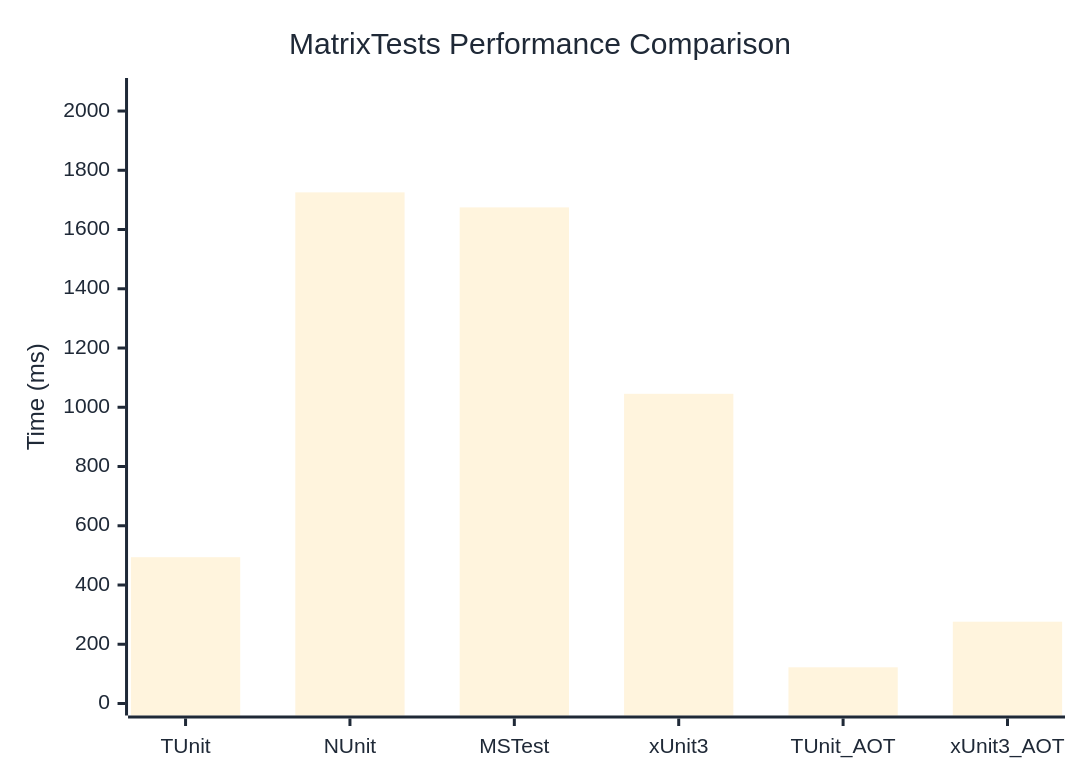
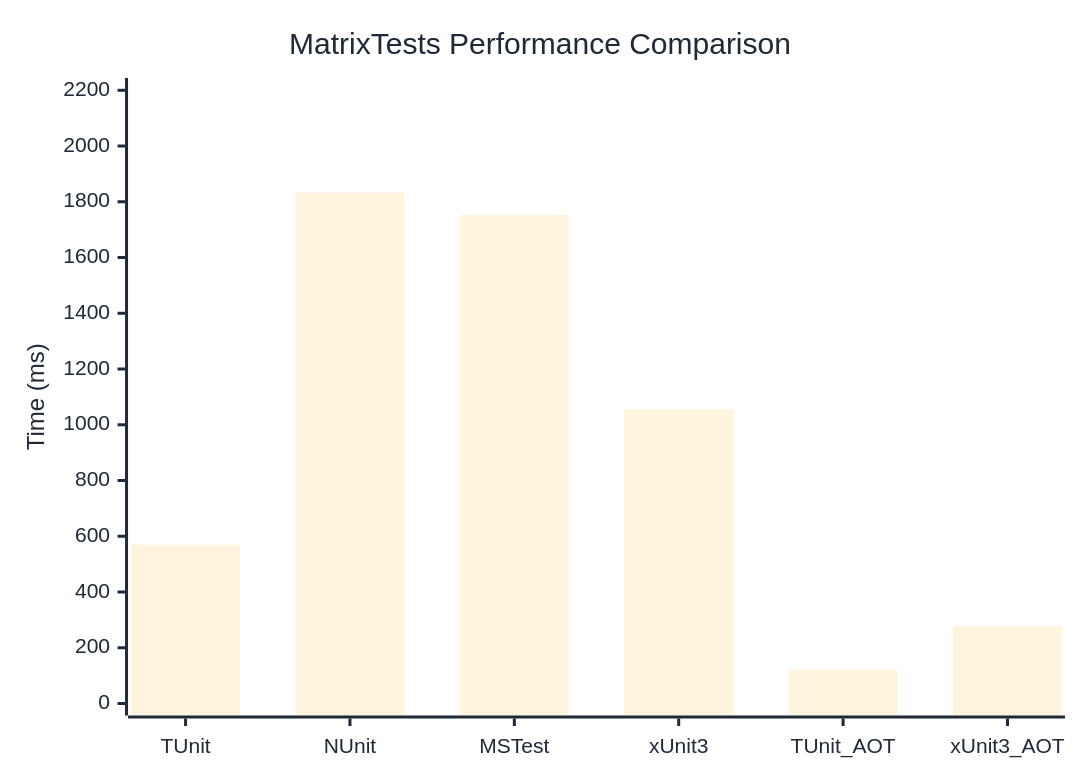
One commit to thomhurst/TUnit changed the diagram in docs/docs/benchmarks/engine/MatrixTests.md. Above: the diagram before and after it, drawn with Mermaid. The commit also changed other lines of this file and 18 other files, not shown here.

````diff
--- a/docs/docs/benchmarks/engine/MatrixTests.md
+++ b/docs/docs/benchmarks/engine/MatrixTests.md
@@ -30,37 +30,37 @@
 ```mermaid
 %%{init: {
   'theme':'base',
   'themeVariables': {
     'primaryColor': '#2563eb',
     'primaryTextColor': '#1f2937',
     'primaryBorderColor': '#1e40af',
     'lineColor': '#6b7280',
     'secondaryColor': '#7c3aed',
     'tertiaryColor': '#dc2626',
     'background': '#ffffff',
     'mainBkg': '#2563eb',
     'secondBkg': '#7c3aed',
     'tertiaryBkg': '#dc2626',
     'clusterBkg': '#f3f4f6',
     'edgeLabelBackground': '#ffffff',
     'tertiaryTextColor': '#1f2937',
     'pie1': '#2563eb',
     'pie2': '#7c3aed',
     'pie3': '#dc2626',
     'pie4': '#f59e0b',
     'pie5': '#10b981',
     'pie6': '#06b6d4',
     'pie7': '#ec4899',
     'pie8': '#6366f1',
     'pie9': '#84cc16',
     'pie10': '#f97316',
     'pie11': '#14b8a6',
     'pie12': '#a855f7'
   }
 }}%%
 xychart-beta
   title "MatrixTests Performance Comparison"
   x-axis ["TUnit", "NUnit", "MSTest", "xUnit3", "TUnit_AOT", "xUnit3_AOT"]
-  y-axis "Time (ms)" 0 --> 2071
-  bar [493.9, 1725.5, 1674.7, 1045.4, 122.2, 276.1]
+  y-axis "Time (ms)" 0 --> 2201
+  bar [569.7, 1833.6, 1752.7, 1054.8, 120.9, 277]
 ```
````
